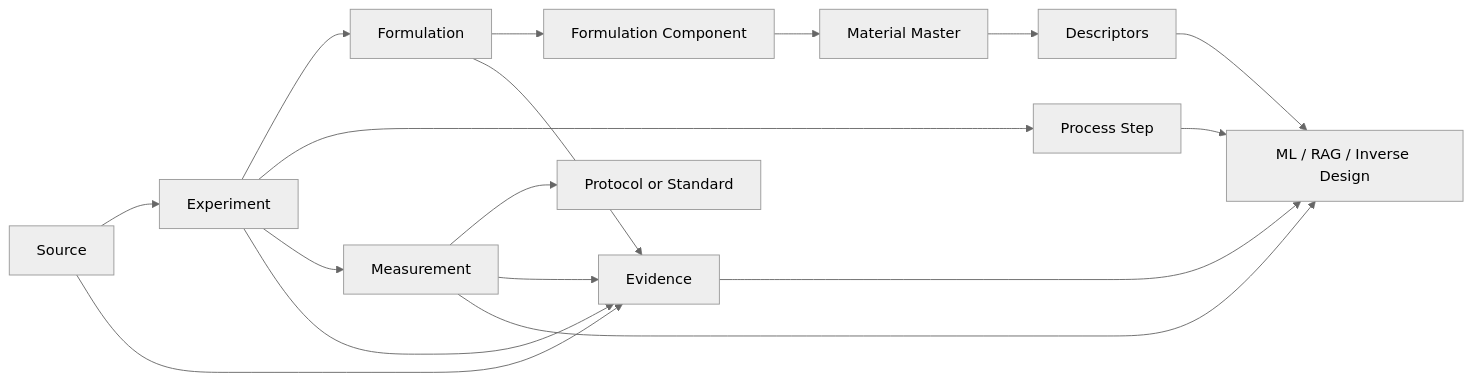
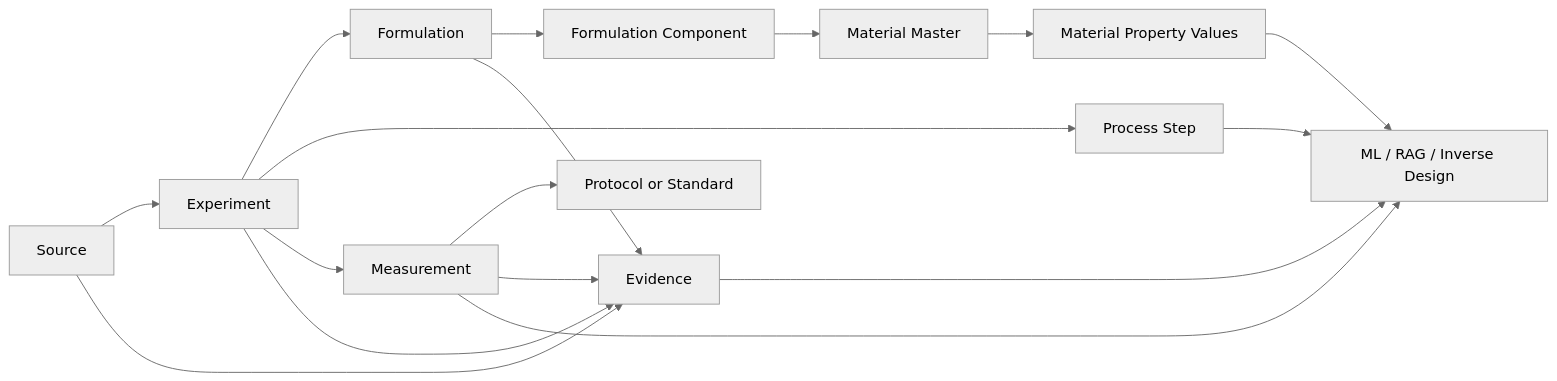
Before and after one commit to stloendays/Database-For-PUR: the diagram in README.md, drawn with Mermaid (neutral theme). The commit also changed other lines of this file, not shown here.

````diff
--- a/README.md
+++ b/README.md
@@ -109,19 +104,19 @@
 ```mermaid
 flowchart LR
     A[Source] --> B[Experiment]
     B --> C[Formulation]
     C --> D[Formulation Component]
     D --> E[Material Master]
+    E --> P[Material Property Values]
     B --> F[Process Step]
     B --> G[Measurement]
     G --> H[Protocol or Standard]
     A --> I[Evidence]
     B --> I
     C --> I
     G --> I
-    E --> J[Descriptors]
-    F --> K[ML / RAG / Inverse Design]
+    P --> K[ML / RAG / Inverse Design]
+    F --> K
     G --> K
-    J --> K
     I --> K
 ```
````
